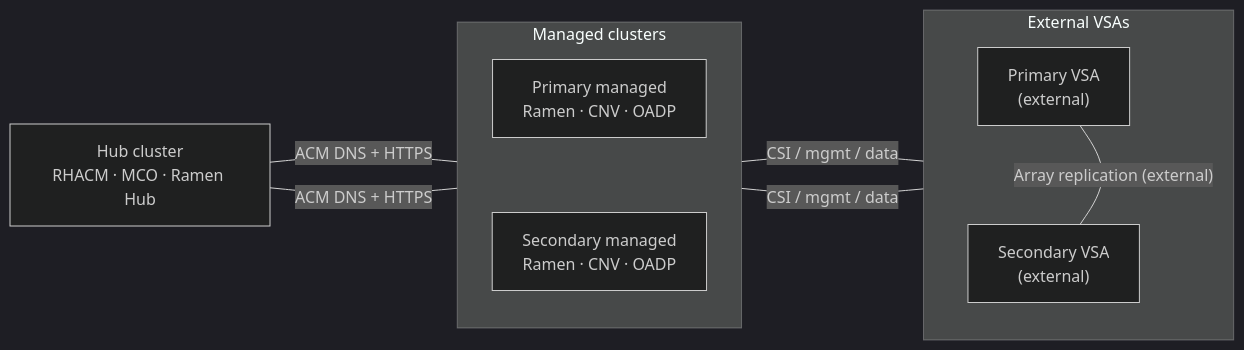
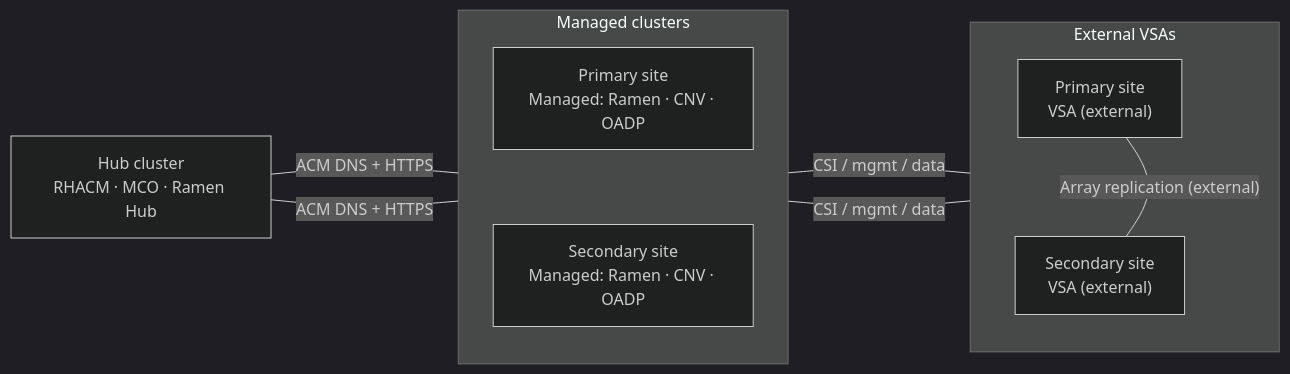
Before and after one commit to OAharoni-RedHat/ramendr-starter-kit: the fifth of 5 diagrams in docs/ramendr-hub-managed-connectivity.md, drawn with Mermaid (dark theme).

Commit message:
Hopefully align

````diff
--- a/docs/ramendr-hub-managed-connectivity.md
+++ b/docs/ramendr-hub-managed-connectivity.md
@@ -95,24 +95,24 @@
 ```mermaid
 flowchart LR
   Hub["Hub cluster<br/>RHACM · MCO · Ramen Hub"]
 
   subgraph managedClusters["Managed clusters"]
     direction TB
-    Primary["Primary managed<br/>Ramen · CNV · OADP"]
-    Secondary["Secondary managed<br/>Ramen · CNV · OADP"]
+    Primary["Primary site<br/>Managed: Ramen · CNV · OADP"]
+    Secondary["Secondary site<br/>Managed: Ramen · CNV · OADP"]
     Primary ~~~ Secondary
   end
 
   subgraph externalVSAs["External VSAs"]
     direction TB
-    VSA1["Primary VSA<br/>(external)"]
-    VSA2["Secondary VSA<br/>(external)"]
+    VSA1["Primary site<br/>VSA (external)"]
+    VSA2["Secondary site<br/>VSA (external)"]
     VSA1 ~~~ VSA2
   end
 
   Hub ---|"ACM DNS + HTTPS"| Primary
   Hub ---|"ACM DNS + HTTPS"| Secondary
   Primary ---|"CSI / mgmt / data"| VSA1
   Secondary ---|"CSI / mgmt / data"| VSA2
   VSA1 ---|"Array replication (external)"| VSA2
 ```
````
